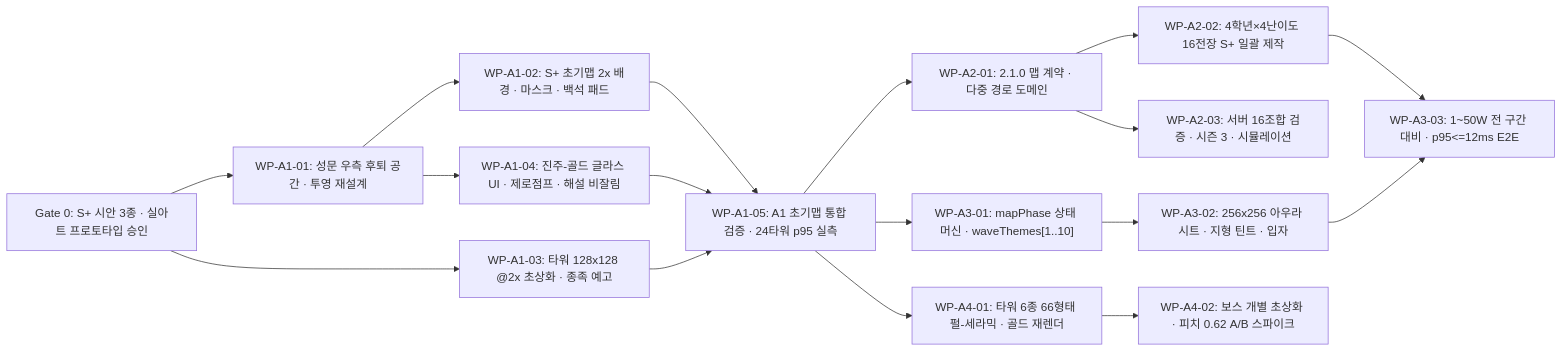
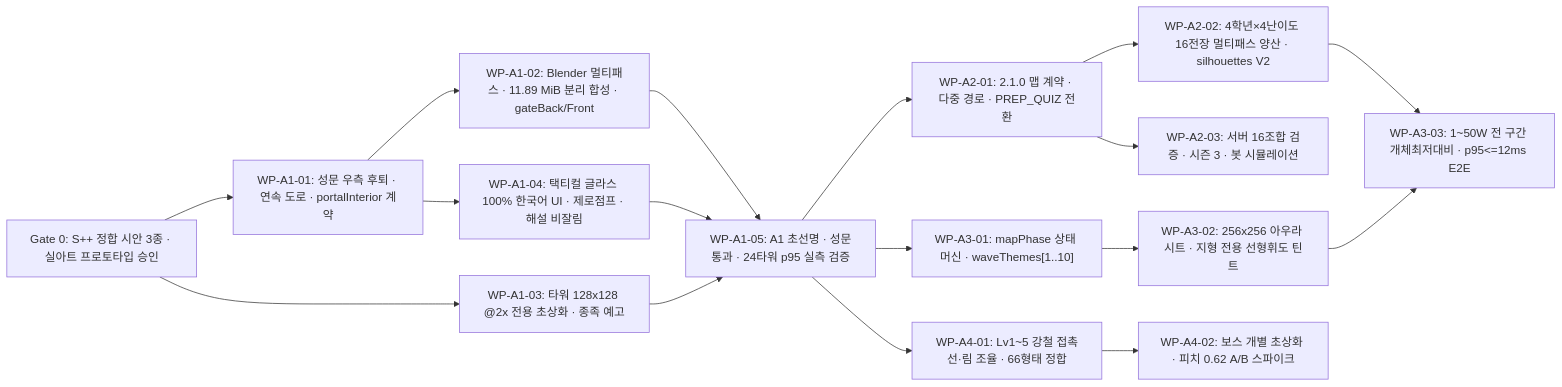
One commit to djqanrudgns12/tower changed the diagram in docs/renewal/r6/v2/DETAILED_EXECUTION_PLAN.md. Above: the diagram before and after it, drawn with Mermaid. The commit also changed other lines of this file and 11 other files, not shown here.

````diff
--- a/docs/renewal/r6/v2/DETAILED_EXECUTION_PLAN.md
+++ b/docs/renewal/r6/v2/DETAILED_EXECUTION_PLAN.md
@@ -11,19 +10,19 @@
 ```mermaid
 flowchart LR
-  G0["Gate 0: S+ 시안 3종 · 실아트 프로토타입 승인"] --> A1_1["WP-A1-01: 성문 우측 후퇴 공간 · 투영 재설계"]
-  A1_1 --> A1_2["WP-A1-02: S+ 초기맵 2x 배경 · 마스크 · 백석 패드"]
-  G0 --> A1_3["WP-A1-03: 타워 128x128 @2x 초상화 · 종족 예고"]
-  A1_1 --> A1_4["WP-A1-04: 진주-골드 글라스 UI · 제로점프 · 해설 비잘림"]
-  A1_2 --> A1_5["WP-A1-05: A1 초기맵 통합 검증 · 24타워 p95 실측"]
+  G0["Gate 0: S++ 정합 시안 3종 · 실아트 프로토타입 승인"] --> A1_1["WP-A1-01: 성문 우측 후퇴 · 연속 도로 · portalInterior 계약"]
+  A1_1 --> A1_2["WP-A1-02: Blender 멀티패스 · 11.89 MiB 분리 합성 · gateBack/Front"]
+  G0 --> A1_3["WP-A1-03: 타워 128x128 @2x 전용 초상화 · 종족 예고"]
+  A1_1 --> A1_4["WP-A1-04: 택티컬 글라스 100% 한국어 UI · 제로점프 · 해설 비잘림"]
+  A1_2 --> A1_5["WP-A1-05: A1 초선명 · 성문통과 · 24타워 p95 실측 검증"]
   A1_3 --> A1_5
   A1_4 --> A1_5
-  A1_5 --> A2_1["WP-A2-01: 2.1.0 맵 계약 · 다중 경로 도메인"]
-  A2_1 --> A2_2["WP-A2-02: 4학년×4난이도 16전장 S+ 일괄 제작"]
-  A2_1 --> A2_3["WP-A2-03: 서버 16조합 검증 · 시즌 3 · 시뮬레이션"]
+  A1_5 --> A2_1["WP-A2-01: 2.1.0 맵 계약 · 다중 경로 · PREP_QUIZ 전환"]
+  A2_1 --> A2_2["WP-A2-02: 4학년×4난이도 16전장 멀티패스 양산 · silhouettes V2"]
+  A2_1 --> A2_3["WP-A2-03: 서버 16조합 검증 · 시즌 3 · 봇 시뮬레이션"]
   A1_5 --> A3_1["WP-A3-01: mapPhase 상태 머신 · waveThemes[1..10]"]
-  A3_1 --> A3_2["WP-A3-02: 256x256 아우라 시트 · 지형 틴트 · 입자"]
-  A2_2 --> A3_3["WP-A3-03: 1~50W 전 구간 대비 · p95<=12ms E2E"]
+  A3_1 --> A3_2["WP-A3-02: 256x256 아우라 시트 · 지형 전용 선형휘도 틴트"]
+  A2_2 --> A3_3["WP-A3-03: 1~50W 전 구간 개체최저대비 · p95<=12ms E2E"]
   A3_2 --> A3_3
-  A1_5 --> A4_1["WP-A4-01: 타워 6종 66형태 펄-세라믹 · 골드 재렌더"]
+  A1_5 --> A4_1["WP-A4-01: Lv1~5 강철 접촉선·림 조율 · 66형태 정합"]
   A4_1 --> A4_2["WP-A4-02: 보스 개별 초상화 · 피치 0.62 A/B 스파이크"]
 ```
````
